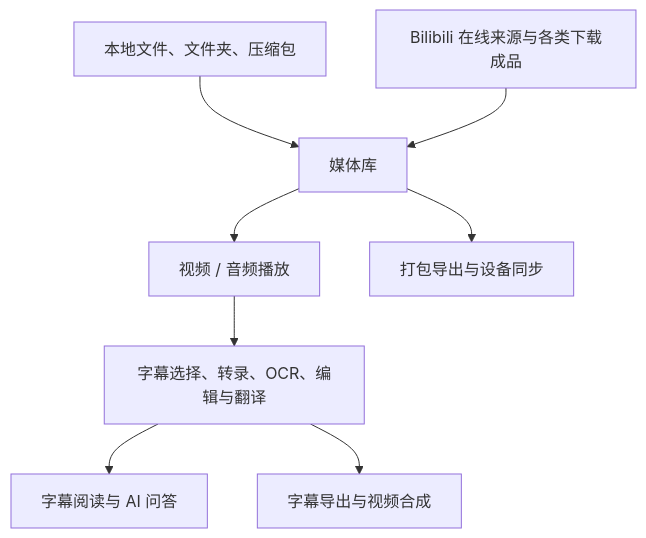
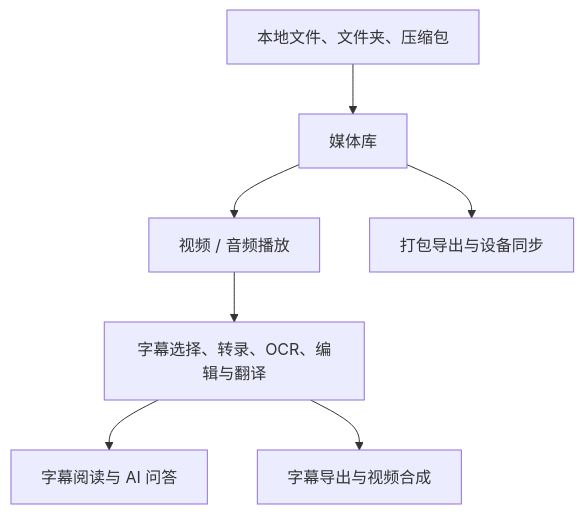
Before and after one commit to t66666t/Fluent-Player: the diagram in docs/user-guide.md, drawn with Mermaid. The commit also changed other lines of this file and 925 other files, not shown here.

````diff
--- a/docs/user-guide.md
+++ b/docs/user-guide.md
@@ -50,10 +39,9 @@
 ```mermaid
 flowchart TD
     local["本地文件、文件夹、压缩包"] --> library["媒体库"]
-    online["Bilibili 在线来源与各类下载成品"] --> library
     library --> player["视频 / 音频播放"]
     player --> subtitle["字幕选择、转录、OCR、编辑与翻译"]
     subtitle --> reading["字幕阅读与 AI 问答"]
     subtitle --> output["字幕导出与视频合成"]
     library --> transfer["打包导出与设备同步"]
 ```
````
